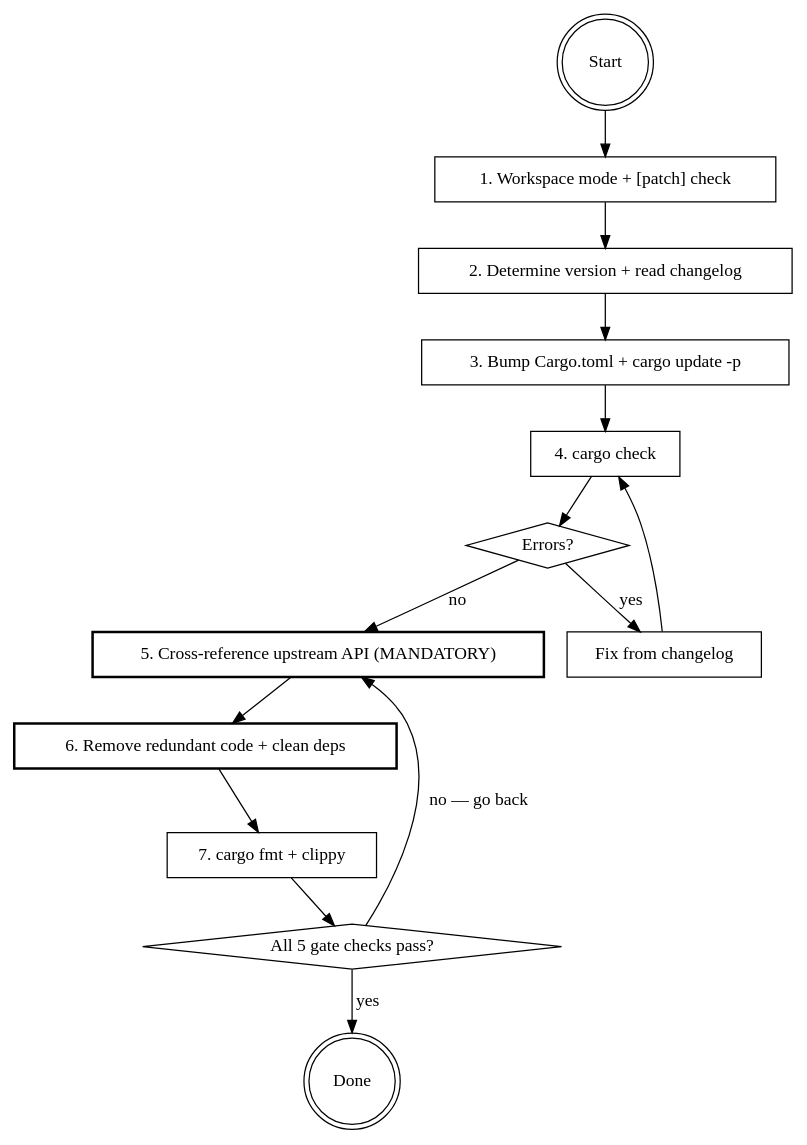
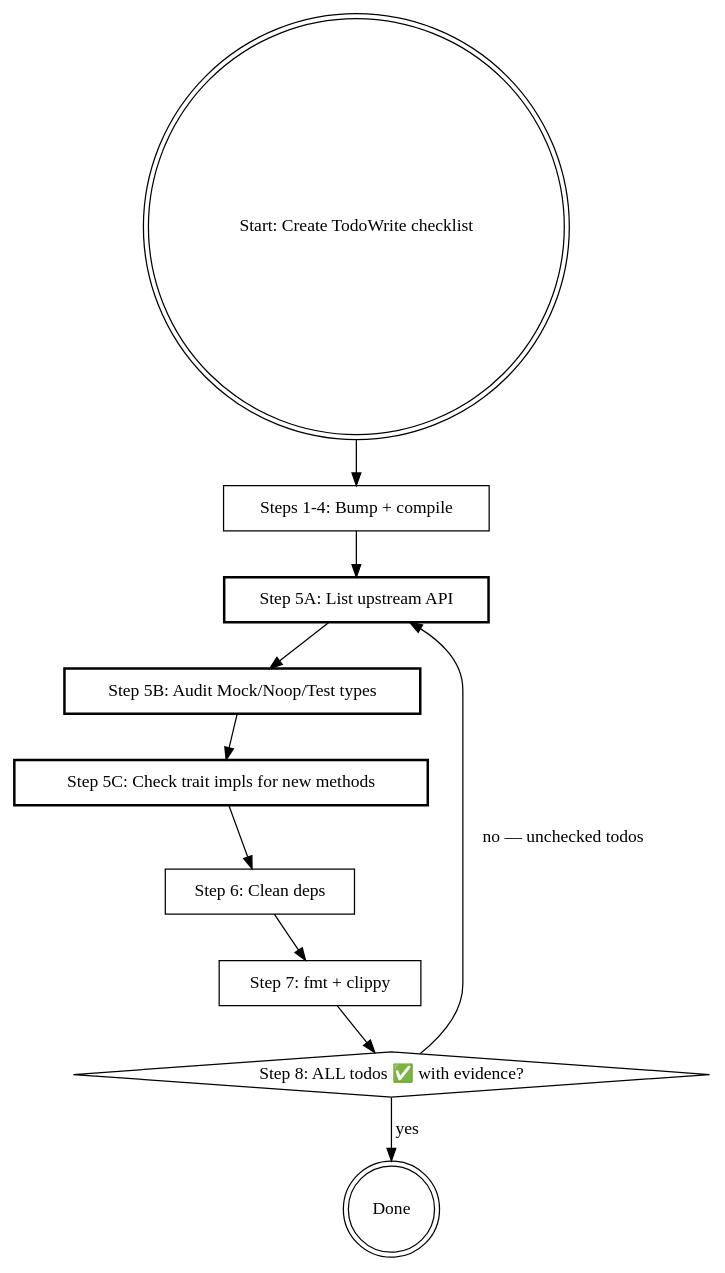
The diagram in bump-upstream-deps.md (joohhnnn/bump-upstream-deps), drawn with Graphviz before and after one commit. The commit also changed other lines of this file and 1 other file, not shown here.

````diff
--- a/bump-upstream-deps.md
+++ b/bump-upstream-deps.md
@@ -72,30 +102,23 @@
 ```dot
 digraph bump_flow {
-  "Start" [shape=doublecircle];
-  "1. Workspace mode + [patch] check" [shape=box];
-  "2. Determine version + read changelog" [shape=box];
-  "3. Bump Cargo.toml + cargo update -p" [shape=box];
-  "4. cargo check" [shape=box];
-  "Errors?" [shape=diamond];
-  "Fix from changelog" [shape=box];
-  "5. Cross-reference upstream API (MANDATORY)" [shape=box, style=bold];
-  "6. Remove redundant code + clean deps" [shape=box, style=bold];
-  "7. cargo fmt + clippy" [shape=box];
-  "All 5 gate checks pass?" [shape=diamond];
+  "Start: Create TodoWrite checklist" [shape=doublecircle];
+  "Steps 1-4: Bump + compile" [shape=box];
+  "Step 5A: List upstream API" [shape=box, style=bold];
+  "Step 5B: Audit Mock/Noop/Test types" [shape=box, style=bold];
+  "Step 5C: Check trait impls for new methods" [shape=box, style=bold];
+  "Step 6: Clean deps" [shape=box];
+  "Step 7: fmt + clippy" [shape=box];
+  "Step 8: ALL todos ✅ with evidence?" [shape=diamond];
   "Done" [shape=doublecircle];
 
-  "Start" -> "1. Workspace mode + [patch] check";
-  "1. Workspace mode + [patch] check" -> "2. Determine version + read changelog";
-  "2. Determine version + read changelog" -> "3. Bump Cargo.toml + cargo update -p";
-  "3. Bump Cargo.toml + cargo update -p" -> "4. cargo check";
-  "4. cargo check" -> "Errors?";
-  "Errors?" -> "Fix from changelog" [label="yes"];
-  "Fix from changelog" -> "4. cargo check";
-  "Errors?" -> "5. Cross-reference upstream API (MANDATORY)" [label="no"];
-  "5. Cross-reference upstream API (MANDATORY)" -> "6. Remove redundant code + clean deps";
-  "6. Remove redundant code + clean deps" -> "7. cargo fmt + clippy";
-  "7. cargo fmt + clippy" -> "All 5 gate checks pass?";
-  "All 5 gate checks pass?" -> "Done" [label="yes"];
-  "All 5 gate checks pass?" -> "5. Cross-reference upstream API (MANDATORY)" [label="no — go back"];
+  "Start: Create TodoWrite checklist" -> "Steps 1-4: Bump + compile";
+  "Steps 1-4: Bump + compile" -> "Step 5A: List upstream API";
+  "Step 5A: List upstream API" -> "Step 5B: Audit Mock/Noop/Test types";
+  "Step 5B: Audit Mock/Noop/Test types" -> "Step 5C: Check trait impls for new methods";
+  "Step 5C: Check trait impls for new methods" -> "Step 6: Clean deps";
+  "Step 6: Clean deps" -> "Step 7: fmt + clippy";
+  "Step 7: fmt + clippy" -> "Step 8: ALL todos ✅ with evidence?";
+  "Step 8: ALL todos ✅ with evidence?" -> "Done" [label="yes"];
+  "Step 8: ALL todos ✅ with evidence?" -> "Step 5A: List upstream API" [label="no — unchecked todos"];
 }
 ```
````
